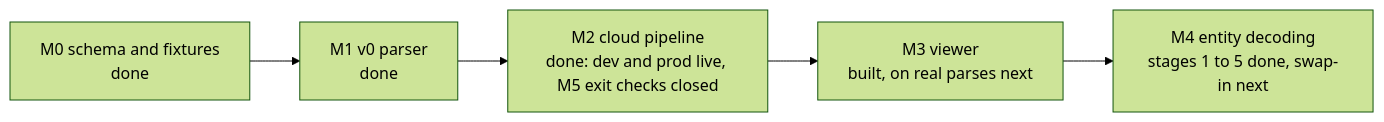
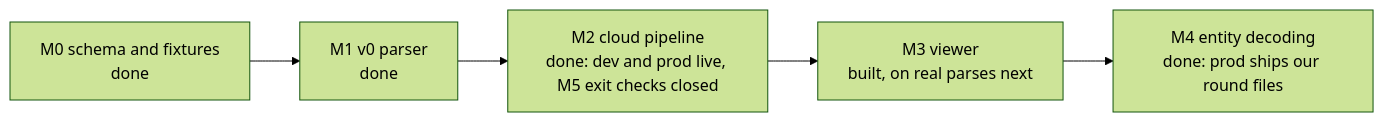
One commit to ChiemekaKalu/demoView changed the second of 2 diagrams in .claude/wiki/README.md. Above: the diagram before and after it, drawn with Mermaid (forest theme). The commit also changed other lines of this file and 8 other files, not shown here.

First line of the commit message:
docs(wiki): record the passing tournament gate and prod shipping our own round files

````diff
--- a/.claude/wiki/README.md
+++ b/.claude/wiki/README.md
@@ -61,7 +61,7 @@
 ```mermaid
 flowchart LR
     M0[M0 schema and fixtures<br/>done] --> M1[M1 v0 parser<br/>done]
     M1 --> M2[M2 cloud pipeline<br/>done: dev and prod live, M5 exit checks closed]
     M2 --> M3[M3 viewer<br/>built, on real parses next]
-    M3 --> M4[M4 entity decoding<br/>stages 1 to 5 done, swap-in next]
+    M3 --> M4[M4 entity decoding<br/>done: prod ships our round files]
 ```
````
